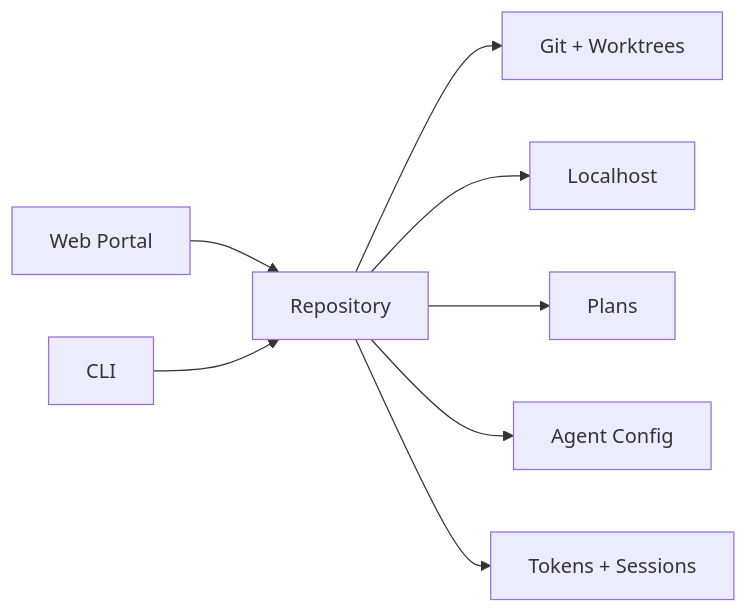
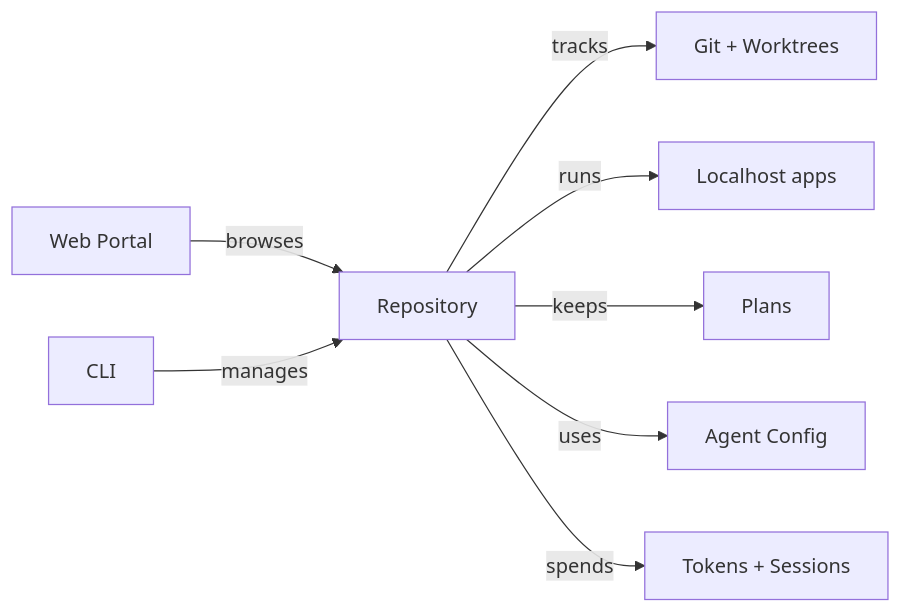
One commit to kirinmurphy/roborepo changed the first of 6 diagrams in README.md. Above: the diagram before and after it, drawn with Mermaid. The commit also changed other lines of this file and 35 other files, not shown here.

````diff
--- a/README.md
+++ b/README.md
@@ -7,13 +7,13 @@
 ```mermaid
 flowchart LR
   Repo["Repository"]
 
-  Repo --> Git["Git + Worktrees"]
-  Repo --> Local["Localhost"]
-  Repo --> Plans["Plans"]
-  Repo --> Agents["Agent Config"]
-  Repo --> Usage["Tokens + Sessions"]
+  Repo -->|tracks| Git["Git + Worktrees"]
+  Repo -->|runs| Local["Localhost apps"]
+  Repo -->|keeps| Plans["Plans"]
+  Repo -->|uses| Agents["Agent Config"]
+  Repo -->|spends| Usage["Tokens + Sessions"]
 
-  Portal["Web Portal"] --> Repo
-  CLI["CLI"] --> Repo
+  Portal["Web Portal"] -->|browses| Repo
+  CLI["CLI"] -->|manages| Repo
 ```
````
